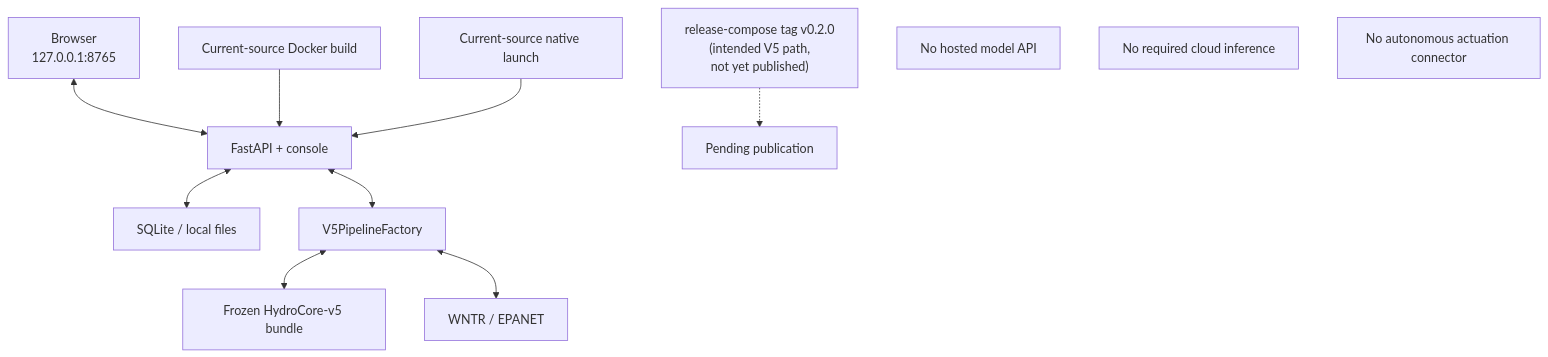
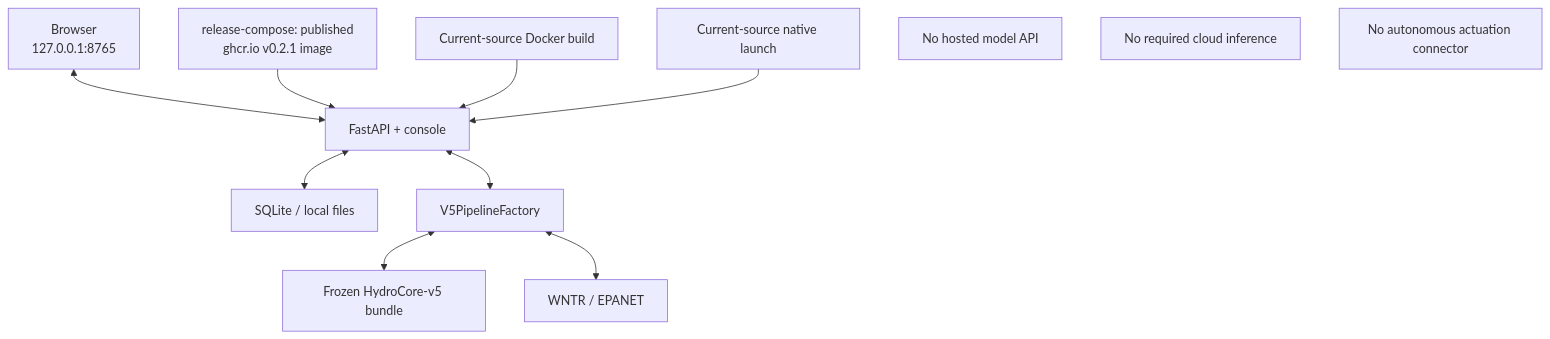
The diagram in docs/diagrams/offline-deployment-v5.mmd (insightlabs38-pixel/HydroSwarm), drawn with Mermaid before and after one commit. The commit also changed 21 other files, not shown here.

```diff
--- a/docs/diagrams/offline-deployment-v5.mmd
+++ b/docs/diagrams/offline-deployment-v5.mmd
@@ -1,13 +1,13 @@
 flowchart TD
   B["Browser<br/>127.0.0.1:8765"] <--> A["FastAPI + console"]
   A <--> DB["SQLite / local files"]
   A <--> P["V5PipelineFactory"]
   P <--> M["Frozen HydroCore-v5 bundle"]
   P <--> W["WNTR / EPANET"]
+  R["release-compose: published<br/>ghcr.io v0.2.1 image"] --> A
   S["Current-source Docker build"] --> A
   N["Current-source native launch"] --> A
-  R["release-compose tag v0.2.0<br/>(intended V5 path,<br/>not yet published)"] -.-> H["Pending publication"]
 
   X["No hosted model API"]
   Y["No required cloud inference"]
   Z["No autonomous actuation connector"]
```
